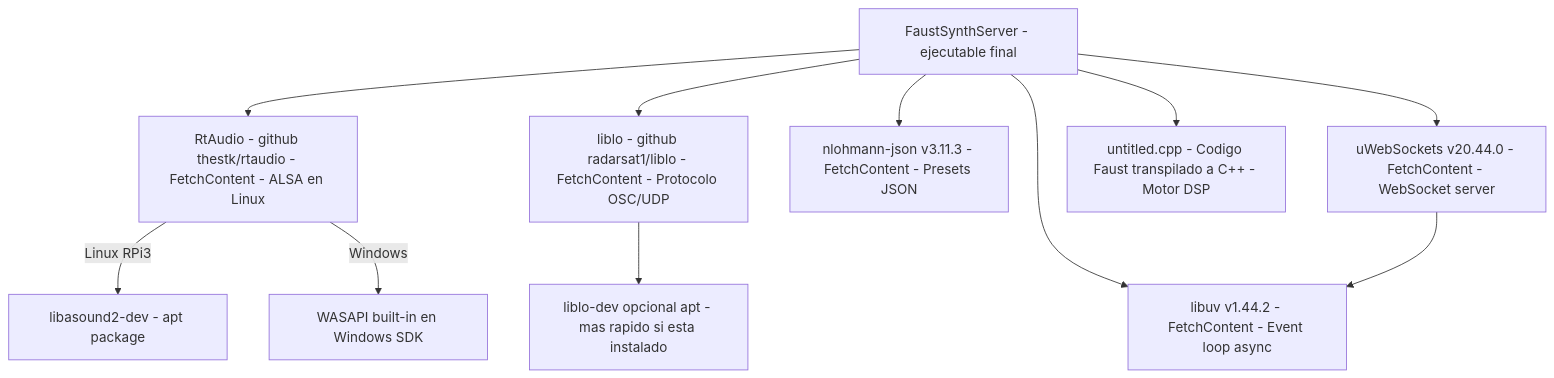
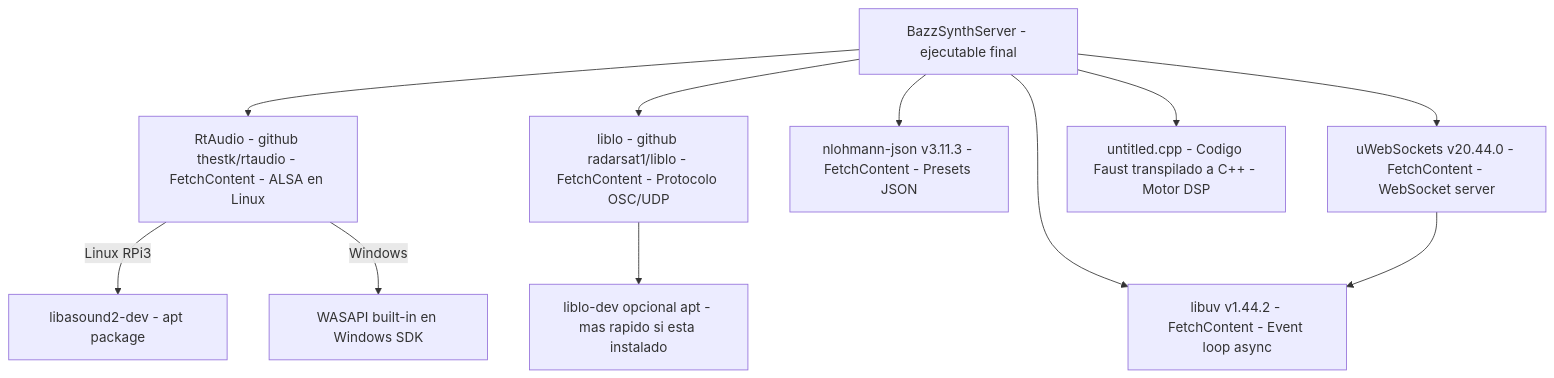
Diagram 12 of 12 in README.md (Zann181/sintetizador), drawn with Mermaid before and after one commit. The commit also changed other lines of this file, not shown here.

````diff
--- a/README.md
+++ b/README.md
@@ -1644,16 +1644,16 @@
 ```mermaid
 graph TD
-    EXE["FaustSynthServer - ejecutable final"]
+    EXE["BazzSynthServer - ejecutable final"]
 
     EXE --> RTAUDIO_DEP["RtAudio - github thestk/rtaudio - FetchContent - ALSA en Linux"]
     EXE --> LIBLO_DEP["liblo - github radarsat1/liblo - FetchContent - Protocolo OSC/UDP"]
     EXE --> NLOHMANN_DEP["nlohmann-json v3.11.3 - FetchContent - Presets JSON"]
     EXE --> UWS_DEP["uWebSockets v20.44.0 - FetchContent - WebSocket server"]
     EXE --> LIBUV_DEP["libuv v1.44.2 - FetchContent - Event loop async"]
     EXE --> FAUST_DEP["untitled.cpp - Codigo Faust transpilado a C++ - Motor DSP"]
 
     RTAUDIO_DEP -->|"Linux RPi3"| ALSA_SYS["libasound2-dev - apt package"]
     RTAUDIO_DEP -->|"Windows"| WASAPI_SYS["WASAPI built-in en Windows SDK"]
     LIBLO_DEP --> LO_OPT["liblo-dev opcional apt - mas rapido si esta instalado"]
     UWS_DEP --> LIBUV_DEP
 ```
````
